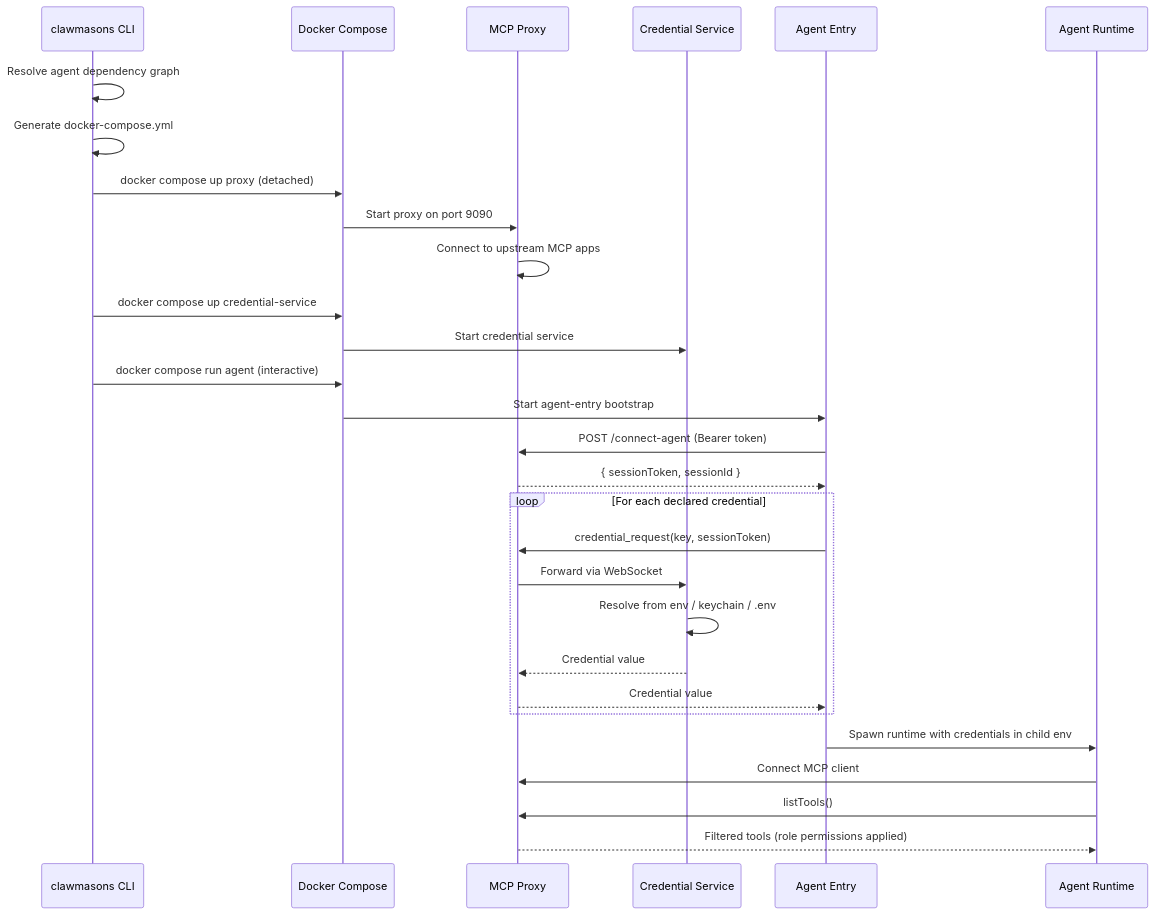
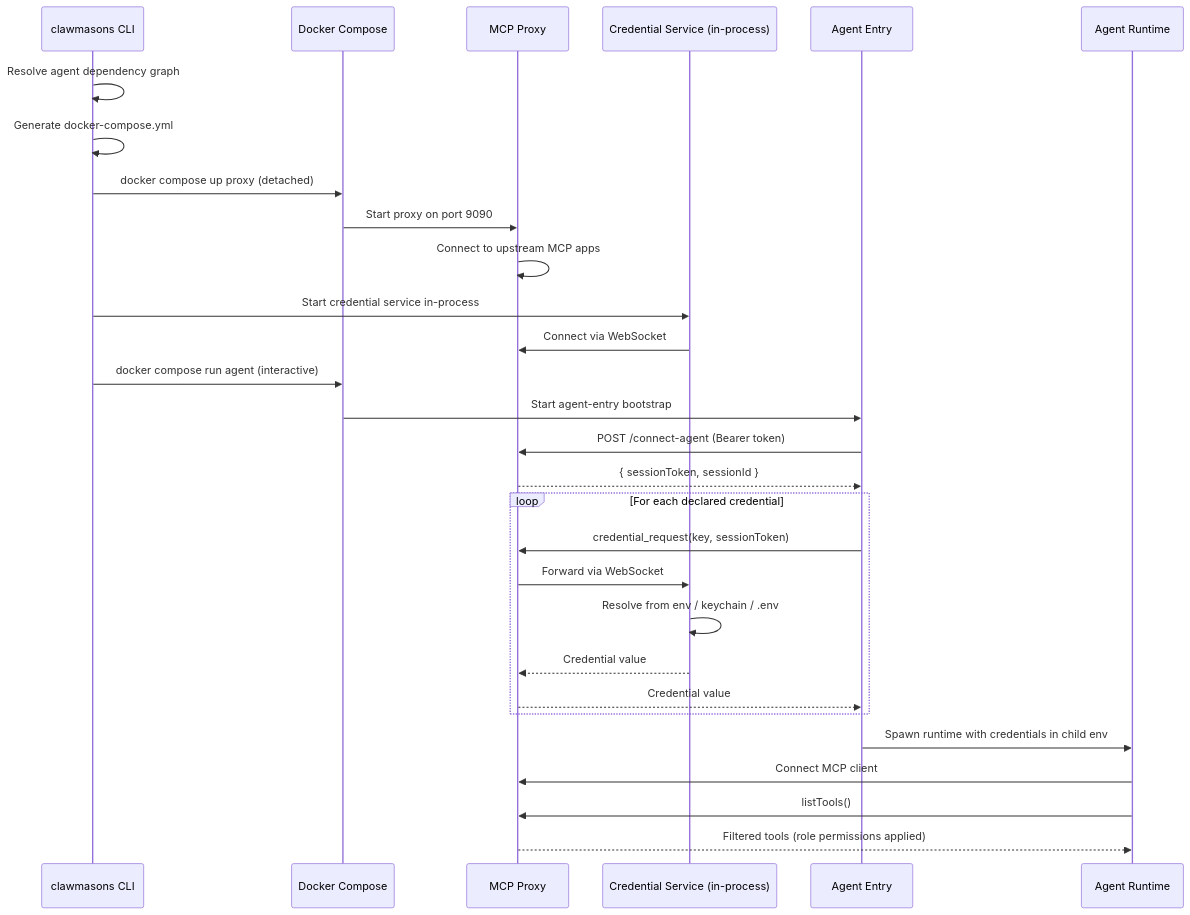
One commit to clawmasons/mason changed the second of 5 diagrams in docs/architecture.md. Above: the diagram before and after it, drawn with Mermaid. The commit also changed other lines of this file and 19 other files, not shown here.

````diff
--- a/docs/architecture.md
+++ b/docs/architecture.md
@@ -30,34 +30,34 @@
 ```mermaid
 sequenceDiagram
     participant CLI as clawmasons CLI
     participant DC as Docker Compose
     participant Proxy as MCP Proxy
-    participant CS as Credential Service
+    participant CS as Credential Service (in-process)
     participant AE as Agent Entry
     participant Agent as Agent Runtime
 
     CLI->>CLI: Resolve agent dependency graph
     CLI->>CLI: Generate docker-compose.yml
     CLI->>DC: docker compose up proxy (detached)
     DC->>Proxy: Start proxy on port 9090
     Proxy->>Proxy: Connect to upstream MCP apps
-    CLI->>DC: docker compose up credential-service
-    DC->>CS: Start credential service
+    CLI->>CS: Start credential service in-process
+    CS->>Proxy: Connect via WebSocket
     CLI->>DC: docker compose run agent (interactive)
     DC->>AE: Start agent-entry bootstrap
     AE->>Proxy: POST /connect-agent (Bearer token)
     Proxy-->>AE: { sessionToken, sessionId }
 
     loop For each declared credential
         AE->>Proxy: credential_request(key, sessionToken)
         Proxy->>CS: Forward via WebSocket
         CS->>CS: Resolve from env / keychain / .env
         CS-->>Proxy: Credential value
         Proxy-->>AE: Credential value
     end
 
     AE->>Agent: Spawn runtime with credentials in child env
     Agent->>Proxy: Connect MCP client
     Agent->>Proxy: listTools()
     Proxy-->>Agent: Filtered tools (role permissions applied)
 ```
````
